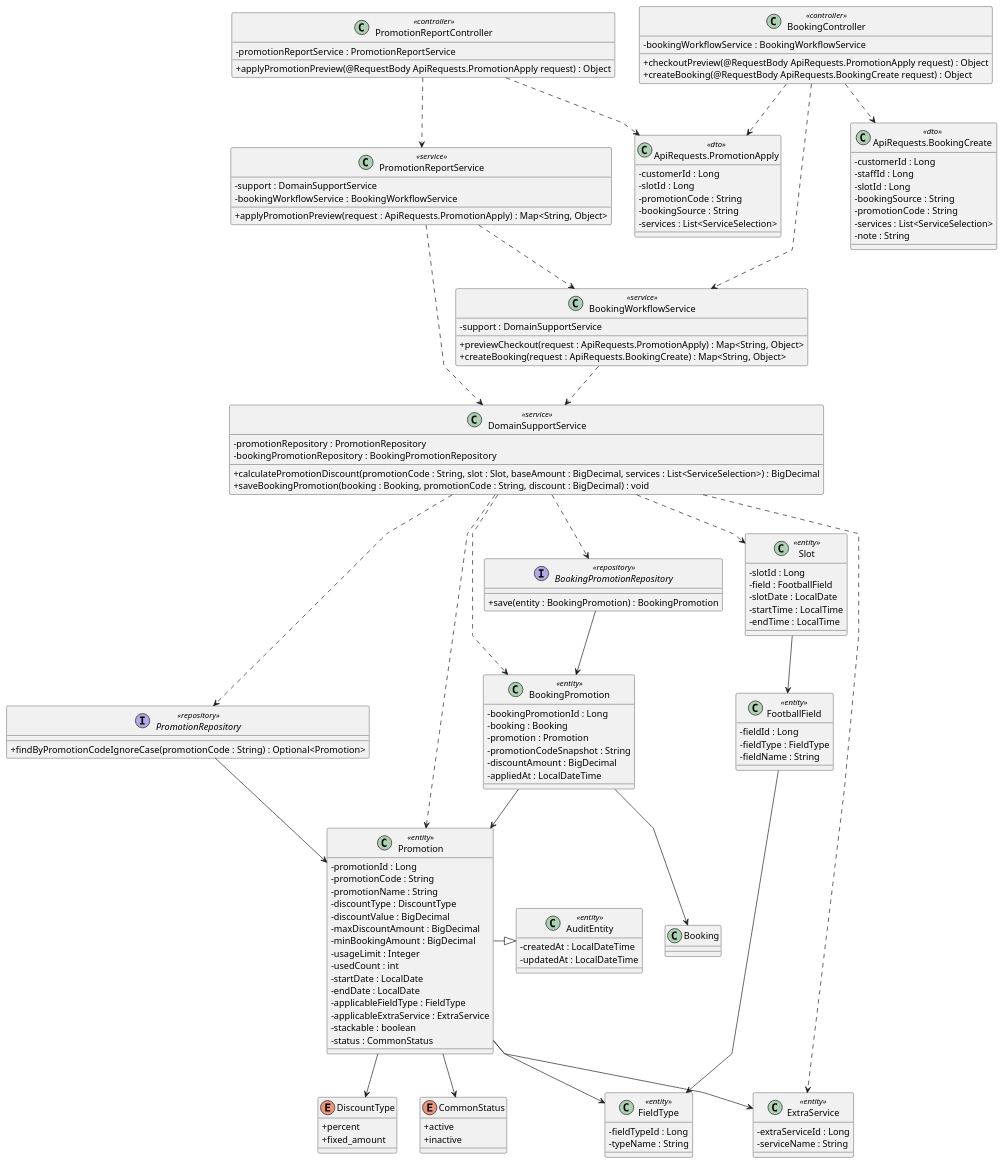
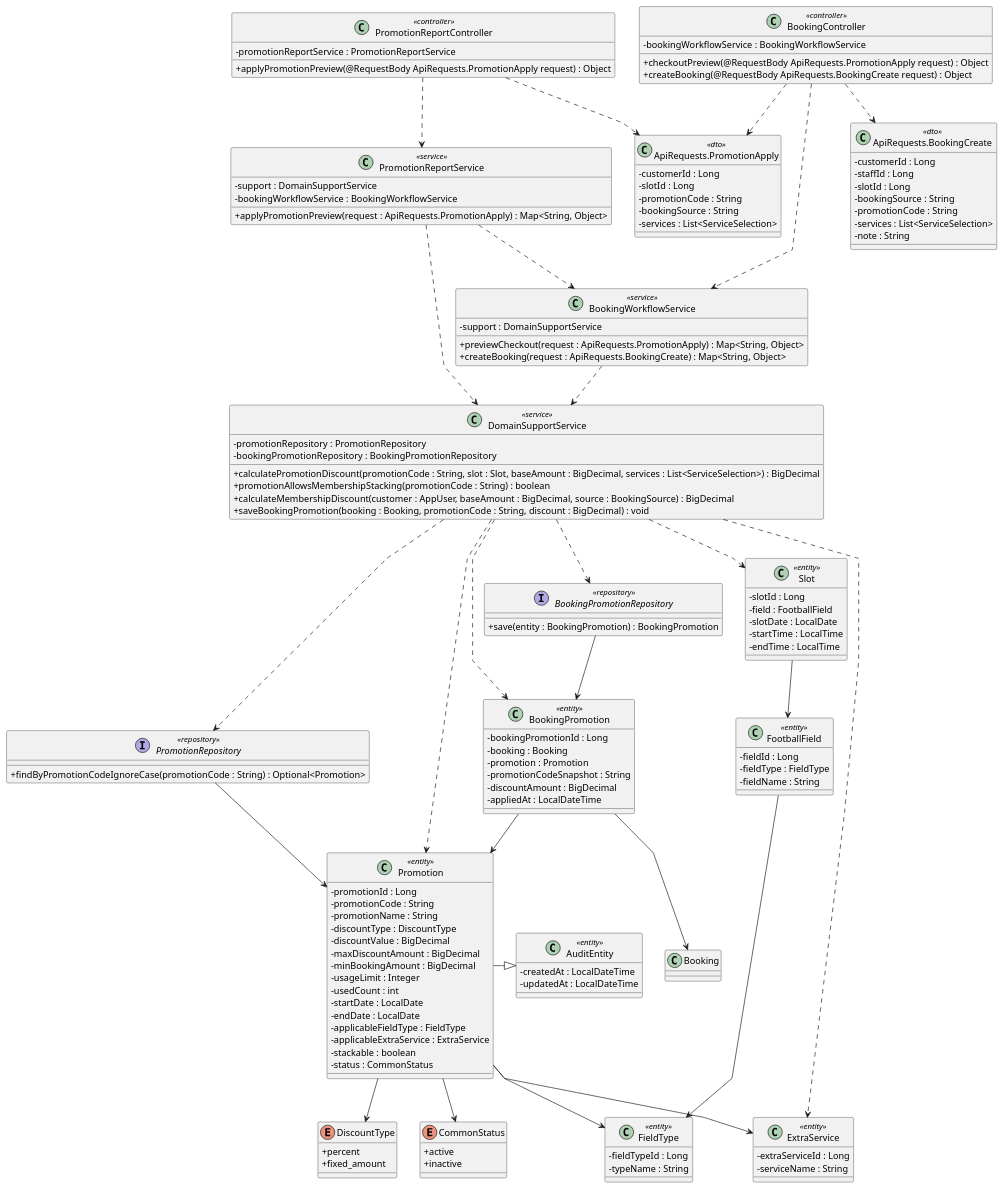
The diagram in docs/Class Diagram/apply-promotion-to-booking.puml (maxwell1904/SWP391_G3), drawn with PlantUML before and after one commit. The commit also changed 99 other files, not shown here.

```diff
--- a/docs/Class Diagram/apply-promotion-to-booking.puml
+++ b/docs/Class Diagram/apply-promotion-to-booking.puml
@@ -1,160 +1,162 @@
 @startuml
 
 skinparam classAttributeIconSize 0
 skinparam linetype polyline
 
 class PromotionReportController <<controller>> {
     -promotionReportService : PromotionReportService
 
     +applyPromotionPreview(@RequestBody ApiRequests.PromotionApply request) : Object
 }
 
 class BookingController <<controller>> {
     -bookingWorkflowService : BookingWorkflowService
 
     +checkoutPreview(@RequestBody ApiRequests.PromotionApply request) : Object
     +createBooking(@RequestBody ApiRequests.BookingCreate request) : Object
 }
 
 class "ApiRequests.PromotionApply" as PromotionApplyDTO <<dto>> {
     -customerId : Long
     -slotId : Long
     -promotionCode : String
     -bookingSource : String
     -services : List<ServiceSelection>
 }
 
 class "ApiRequests.BookingCreate" as BookingCreateDTO <<dto>> {
     -customerId : Long
     -staffId : Long
     -slotId : Long
     -bookingSource : String
     -promotionCode : String
     -services : List<ServiceSelection>
     -note : String
 }
 
 class PromotionReportService <<service>> {
     -support : DomainSupportService
     -bookingWorkflowService : BookingWorkflowService
 
     +applyPromotionPreview(request : ApiRequests.PromotionApply) : Map<String, Object>
 }
 
 class BookingWorkflowService <<service>> {
     -support : DomainSupportService
 
     +previewCheckout(request : ApiRequests.PromotionApply) : Map<String, Object>
     +createBooking(request : ApiRequests.BookingCreate) : Map<String, Object>
 }
 
 class DomainSupportService <<service>> {
     -promotionRepository : PromotionRepository
     -bookingPromotionRepository : BookingPromotionRepository
 
     +calculatePromotionDiscount(promotionCode : String, slot : Slot, baseAmount : BigDecimal, services : List<ServiceSelection>) : BigDecimal
+    +promotionAllowsMembershipStacking(promotionCode : String) : boolean
+    +calculateMembershipDiscount(customer : AppUser, baseAmount : BigDecimal, source : BookingSource) : BigDecimal
     +saveBookingPromotion(booking : Booking, promotionCode : String, discount : BigDecimal) : void
 }
 
 interface PromotionRepository <<repository>> {
     +findByPromotionCodeIgnoreCase(promotionCode : String) : Optional<Promotion>
 }
 
 interface BookingPromotionRepository <<repository>> {
     +save(entity : BookingPromotion) : BookingPromotion
 }
 
 class Promotion <<entity>> {
     -promotionId : Long
     -promotionCode : String
     -promotionName : String
     -discountType : DiscountType
     -discountValue : BigDecimal
     -maxDiscountAmount : BigDecimal
     -minBookingAmount : BigDecimal
     -usageLimit : Integer
     -usedCount : int
     -startDate : LocalDate
     -endDate : LocalDate
     -applicableFieldType : FieldType
     -applicableExtraService : ExtraService
     -stackable : boolean
     -status : CommonStatus
 }
 
 class BookingPromotion <<entity>> {
     -bookingPromotionId : Long
     -booking : Booking
     -promotion : Promotion
     -promotionCodeSnapshot : String
     -discountAmount : BigDecimal
     -appliedAt : LocalDateTime
 }
 
 class Slot <<entity>> {
     -slotId : Long
     -field : FootballField
     -slotDate : LocalDate
     -startTime : LocalTime
     -endTime : LocalTime
 }
 
 class FootballField <<entity>> {
     -fieldId : Long
     -fieldType : FieldType
     -fieldName : String
 }
 
 class FieldType <<entity>> {
     -fieldTypeId : Long
     -typeName : String
 }
 
 class ExtraService <<entity>> {
     -extraServiceId : Long
     -serviceName : String
 }
 
 class AuditEntity <<entity>> {
     -createdAt : LocalDateTime
     -updatedAt : LocalDateTime
 }
 
 enum DiscountType {
     + percent
     + fixed_amount
 }
 
 enum CommonStatus {
     + active
     + inactive
 }
 
 ' Relationships
 PromotionReportController ..> PromotionReportService
 PromotionReportController ..> PromotionApplyDTO
 BookingController ..> BookingWorkflowService
 BookingController ..> PromotionApplyDTO
 BookingController ..> BookingCreateDTO
 PromotionReportService ..> BookingWorkflowService
 PromotionReportService ..> DomainSupportService
 BookingWorkflowService ..> DomainSupportService
 DomainSupportService ..> PromotionRepository
 DomainSupportService ..> BookingPromotionRepository
 DomainSupportService ..> Promotion
 DomainSupportService ..> BookingPromotion
 DomainSupportService ..> Slot
 DomainSupportService ..> ExtraService
 PromotionRepository --> Promotion
 BookingPromotionRepository --> BookingPromotion
 Promotion --> FieldType
 Promotion --> ExtraService
 Promotion --> DiscountType
 Promotion --> CommonStatus
 BookingPromotion --> Promotion
 BookingPromotion --> Booking
 Slot --> FootballField
 FootballField --> FieldType
 Promotion -|> AuditEntity
 
 @enduml
```
